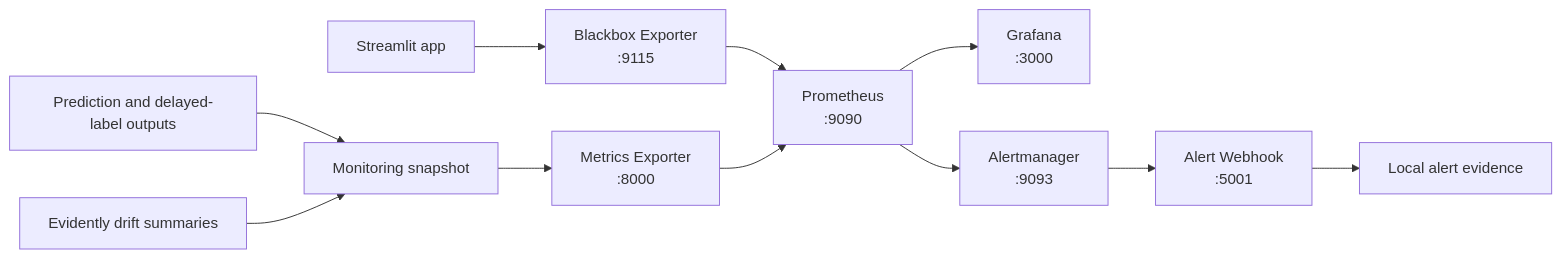
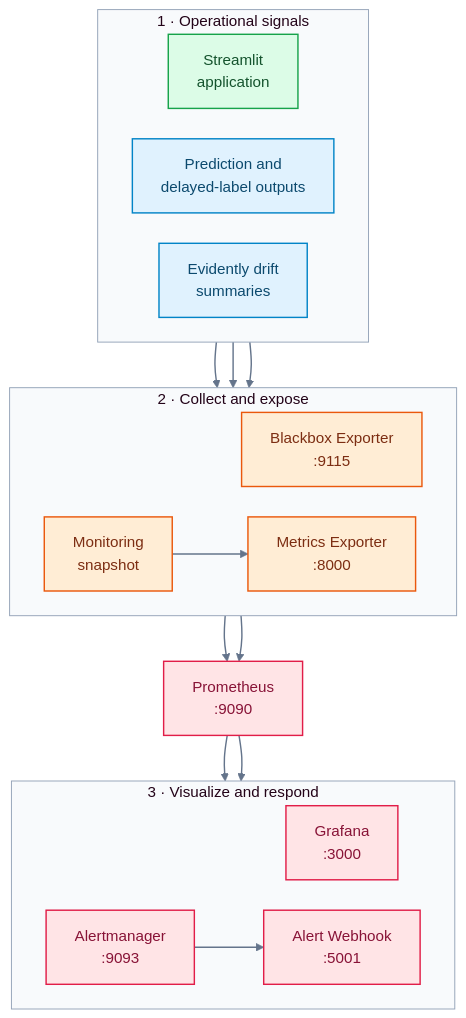
Diagram 11 of 15 in README.md (RuturajM31/E-Commerce-Conversion-Intelligence-Platform), drawn with Mermaid before and after one commit. The commit also changed other lines of this file, not shown here.

Commit message:
docs: polish README diagrams and visual design

````diff
--- a/README.md
+++ b/README.md
@@ -526,15 +693,45 @@
 ```mermaid
-flowchart LR
-    APP["Streamlit app"] --> BLACKBOX["Blackbox Exporter<br/>:9115"]
-    SNAPSHOT["Monitoring snapshot"] --> EXPORTER["Metrics Exporter<br/>:8000"]
-    LEDGER["Prediction and delayed-label outputs"] --> SNAPSHOT
-    DRIFT["Evidently drift summaries"] --> SNAPSHOT
+%%{init: {"theme":"base","flowchart":{"curve":"basis","htmlLabels":true,"nodeSpacing":32,"rankSpacing":48},"themeVariables":{"fontFamily":"Inter,Segoe UI,Arial,sans-serif","fontSize":"16px","primaryColor":"#E0F2FE","primaryTextColor":"#0F172A","primaryBorderColor":"#0284C7","lineColor":"#64748B","secondaryColor":"#EDE9FE","tertiaryColor":"#DCFCE7","clusterBkg":"#F8FAFC","clusterBorder":"#94A3B8","edgeLabelBackground":"#FFFFFF"}}}%%
+flowchart TB
+    subgraph SIGNALS["1 · Operational signals"]
+        direction LR
+        APP["Streamlit<br/>application"]:::business
+        LEDGER["Prediction and<br/>delayed-label outputs"]:::data
+        DRIFT["Evidently drift<br/>summaries"]:::data
+    end
 
-    BLACKBOX --> PROM["Prometheus<br/>:9090"]
+    subgraph COLLECT["2 · Collect and expose"]
+        direction LR
+        BLACKBOX["Blackbox Exporter<br/>:9115"]:::ops
+        SNAPSHOT["Monitoring<br/>snapshot"]:::ops
+        EXPORTER["Metrics Exporter<br/>:8000"]:::ops
+    end
+
+    PROM["Prometheus<br/>:9090"]:::monitor
+
+    subgraph ACT["3 · Visualize and respond"]
+        direction LR
+        GRAFANA["Grafana<br/>:3000"]:::monitor
+        ALERT["Alertmanager<br/>:9093"]:::monitor
+        WEBHOOK["Alert Webhook<br/>:5001"]:::monitor
+    end
+
+    APP --> BLACKBOX
+    LEDGER --> SNAPSHOT
+    DRIFT --> SNAPSHOT
+    SNAPSHOT --> EXPORTER
+    BLACKBOX --> PROM
     EXPORTER --> PROM
+    PROM --> GRAFANA
+    PROM --> ALERT
+    ALERT --> WEBHOOK
 
-    PROM --> GRAFANA["Grafana<br/>:3000"]
-    PROM --> ALERT["Alertmanager<br/>:9093"]
-    ALERT --> WEBHOOK["Alert Webhook<br/>:5001"]
-    WEBHOOK --> NOTIFY["Local alert evidence"]
+classDef data fill:#E0F2FE,stroke:#0284C7,color:#0C4A6E,stroke-width:1.5px;
+    classDef ml fill:#EDE9FE,stroke:#7C3AED,color:#4C1D95,stroke-width:1.5px;
+    classDef business fill:#DCFCE7,stroke:#16A34A,color:#14532D,stroke-width:1.5px;
+    classDef ops fill:#FFEDD5,stroke:#EA580C,color:#7C2D12,stroke-width:1.5px;
+    classDef monitor fill:#FFE4E6,stroke:#E11D48,color:#881337,stroke-width:1.5px;
+    classDef platform fill:#F1F5F9,stroke:#64748B,color:#1E293B,stroke-width:1.5px;
+    classDef decision fill:#FEF3C7,stroke:#D97706,color:#78350F,stroke-width:1.5px;
+    linkStyle default stroke:#64748B,stroke-width:1.5px;
 ```
````
